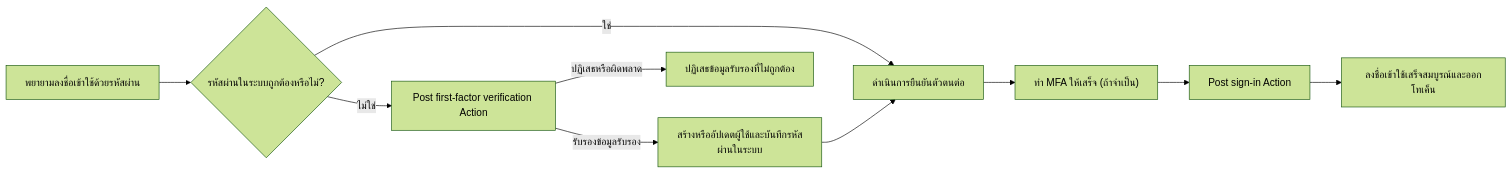
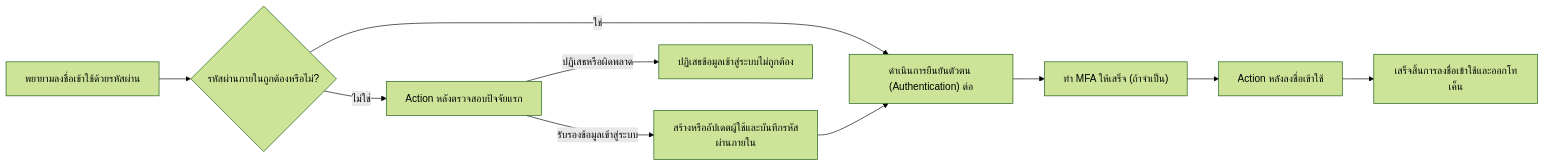
Before and after one commit to logto-io/docs: the diagram in i18n/th/docusaurus-plugin-content-docs/current/developers/actions/README.mdx, drawn with Mermaid (forest theme). The commit also changed other lines of this file and 17 other files, not shown here.

````diff
--- a/i18n/th/docusaurus-plugin-content-docs/current/developers/actions/README.mdx
+++ b/i18n/th/docusaurus-plugin-content-docs/current/developers/actions/README.mdx
@@ -29,12 +29,12 @@
 ```mermaid
 flowchart LR
-  A["พยายามลงชื่อเข้าใช้ด้วยรหัสผ่าน"] --> B{"รหัสผ่านในระบบถูกต้องหรือไม่?"}
-  B -->|"ใช่"| E["ดำเนินการยืนยันตัวตนต่อ"]
-  B -->|"ไม่ใช่"| C["Post first-factor verification Action"]
-  C -->|"รับรองข้อมูลรับรอง"| D["สร้างหรืออัปเดตผู้ใช้และบันทึกรหัสผ่านในระบบ"]
-  C -->|"ปฏิเสธหรือผิดพลาด"| X["ปฏิเสธข้อมูลรับรองที่ไม่ถูกต้อง"]
+  A["พยายามลงชื่อเข้าใช้ด้วยรหัสผ่าน"] --> B{"รหัสผ่านภายในถูกต้องหรือไม่?"}
+  B -->|"ใช่"| E["ดำเนินการยืนยันตัวตน (Authentication) ต่อ"]
+  B -->|"ไม่ใช่"| C["Action หลังตรวจสอบปัจจัยแรก"]
+  C -->|"รับรองข้อมูลเข้าสู่ระบบ"| D["สร้างหรืออัปเดตผู้ใช้และบันทึกรหัสผ่านภายใน"]
+  C -->|"ปฏิเสธหรือผิดพลาด"| X["ปฏิเสธข้อมูลเข้าสู่ระบบไม่ถูกต้อง"]
   D --> E
   E --> F["ทำ MFA ให้เสร็จ (ถ้าจำเป็น)"]
-  F --> G["Post sign-in Action"]
-  G --> H["ลงชื่อเข้าใช้เสร็จสมบูรณ์และออกโทเค็น"]
+  F --> G["Action หลังลงชื่อเข้าใช้"]
+  G --> H["เสร็จสิ้นการลงชื่อเข้าใช้และออกโทเค็น"]
 ```
````
